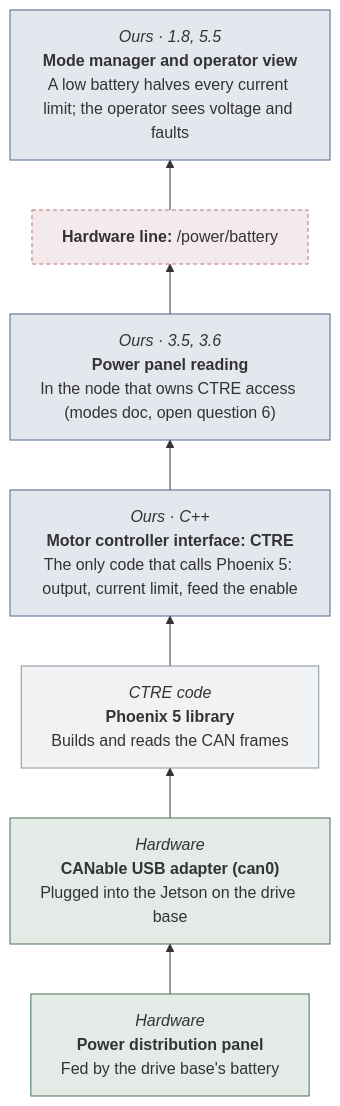
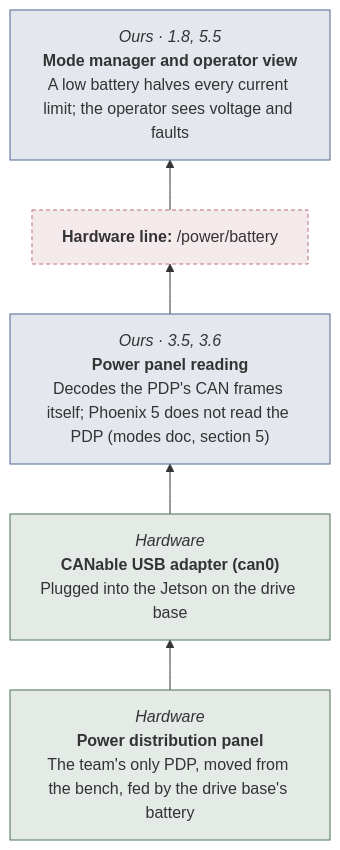
One commit to STAR-Robotics-Team/starrt-luna-software changed diagram 12 of 30 in docs/design/hardware-test-modes.md. Above: the diagram before and after it, drawn with Mermaid. The commit also changed other lines of this file and 10 other files, not shown here.

First line of the commit message:
Settle the charge limit and computer battery, and read the PDP over CAN

````diff
--- a/docs/design/hardware-test-modes.md
+++ b/docs/design/hardware-test-modes.md
@@ -671,43 +670,34 @@
 ```mermaid
 ---
 config:
   flowchart:
     wrappingWidth: 260
 ---
 flowchart BT
   b1["`*Ours · 1.8, 5.5*
 **Mode manager and operator view**
 A low battery halves every current limit; the operator sees voltage and faults`"]
   line2["`**Hardware line:** /power/battery`"]
   b3["`*Ours · 3.5, 3.6*
 **Power panel reading**
-In the node that owns CTRE access (modes doc, open question 6)`"]
-  b4["`*Ours · C++*
-**Motor controller interface: CTRE**
-The only code that calls Phoenix 5: output, current limit, feed the enable`"]
-  b5["`*CTRE code*
-**Phoenix 5 library**
-Builds and reads the CAN frames`"]
-  b6["`*Hardware*
+Decodes the PDP's CAN frames itself; Phoenix 5 does not read the PDP (modes doc, section 5)`"]
+  b4["`*Hardware*
 **CANable USB adapter (can0)**
 Plugged into the Jetson on the drive base`"]
-  b7["`*Hardware*
+  b5["`*Hardware*
 **Power distribution panel**
-Fed by the drive base's battery`"]
+The team's only PDP, moved from the bench, fed by the drive base's battery`"]
   line2 --> b1
   b3 --> line2
   b4 --> b3
   b5 --> b4
-  b6 --> b5
-  b7 --> b6
   classDef ours fill:#4c669026,stroke:#4c6690
   classDef ros fill:#8b939c1f,stroke:#8b939c
   classDef stand fill:#b0844526,stroke:#b08445
   classDef hw fill:#4a725926,stroke:#4a7259
   classDef hwline fill:#b9707c26,stroke:#b9707c,stroke-dasharray:4 3
   classDef ghost fill:none,stroke:#8b939c,stroke-dasharray:4 4,color:#8b939c
-  class b1,b3,b4 ours
+  class b1,b3 ours
   class line2 hwline
-  class b5 ros
-  class b6,b7 hw
+  class b4,b5 hw
 ```
````
